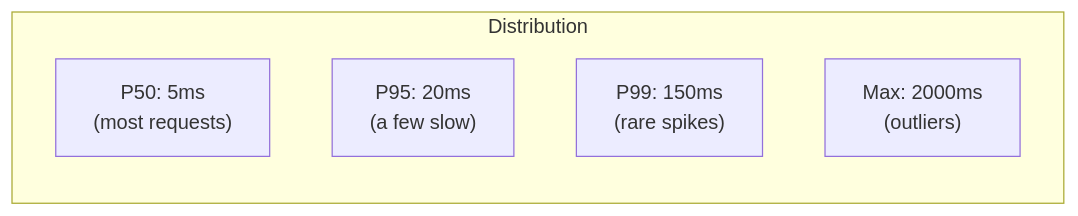
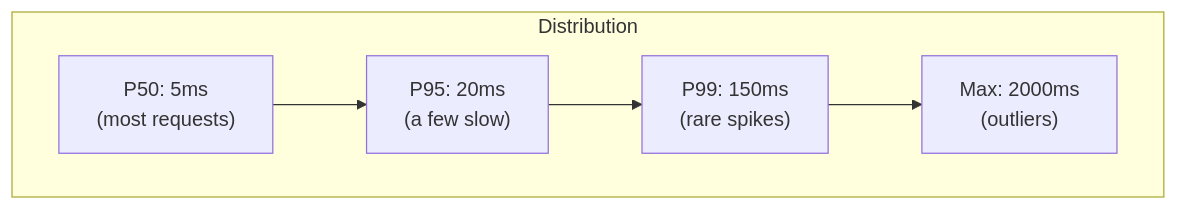
Before and after one commit to actions-marketplace-validations/bmscomp_kates: the third of 5 diagrams in docs/book/04-performance-theory.md, drawn with Mermaid. The commit also changed other lines of this file and 27 other files, not shown here.

````diff
--- a/docs/book/04-performance-theory.md
+++ b/docs/book/04-performance-theory.md
@@ -116,10 +122,10 @@
 ```mermaid
+%%| label: fig-perf-long-tail-percentiles
+%%| fig-cap: "A skewed latency distribution where median latency (P50 = 5 ms) masks severe high-percentile spikes (P99 = 150 ms, Max = 2,000 ms)."
+%%| fig-alt: "Flowchart showing four latency percentile tiers in a Distribution group: P50 at 5 ms (most requests), P95 at 20 ms (a few slow), P99 at 150 ms (rare spikes), and Max at 2000 ms (outliers)."
 graph LR
     subgraph Distribution
-        direction TB
-        A["P50: 5ms<br/>(most requests)"]
-        B["P95: 20ms<br/>(a few slow)"]
-        C["P99: 150ms<br/>(rare spikes)"]
-        D["Max: 2000ms<br/>(outliers)"]
+        direction LR
+        A["P50: 5ms<br/>(most requests)"] --> B["P95: 20ms<br/>(a few slow)"] --> C["P99: 150ms<br/>(rare spikes)"] --> D["Max: 2000ms<br/>(outliers)"]
     end
 ```
````
